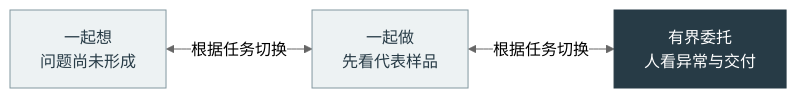
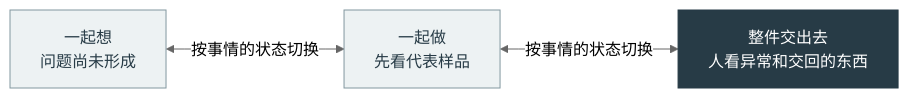
Before and after one commit to HengYangDS/rethinking-work: the diagram in diagrams/collaboration.mmd, drawn with Mermaid (neutral theme). The commit also changed 53 other files, not shown here.

```diff
--- a/diagrams/collaboration.mmd
+++ b/diagrams/collaboration.mmd
@@ -1,7 +1,7 @@
 flowchart LR
-  A["一起想<br/>问题尚未形成"] <-->|"根据任务切换"| B["一起做<br/>先看代表样品"]
-  B <-->|"根据任务切换"| C["有界委托<br/>人看异常与交付"]
+  A["一起想<br/>问题尚未形成"] <-->|"按事情的状态切换"| B["一起做<br/>先看代表样品"]
+  B <-->|"按事情的状态切换"| C["整件交出去<br/>人看异常和交回的东西"]
   classDef current fill:#edf2f3,stroke:#82979f,color:#273b46,stroke-width:1px;
   classDef focus fill:#273b46,stroke:#273b46,color:#ffffff,stroke-width:1px;
   class A,B current;
   class C focus;
```
